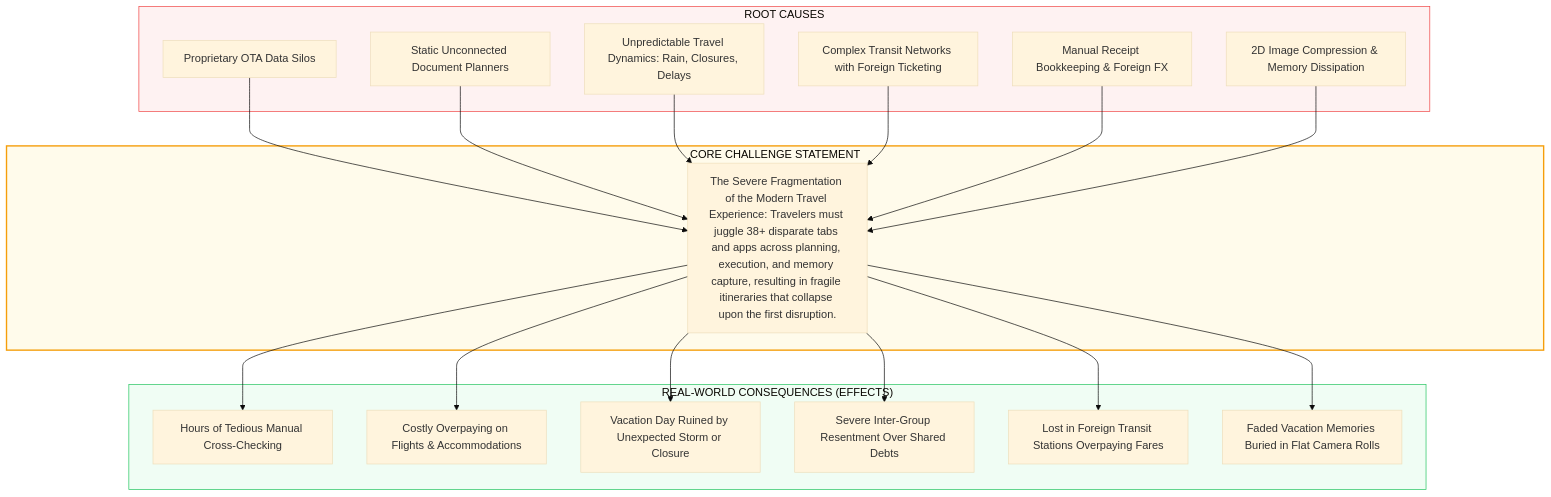
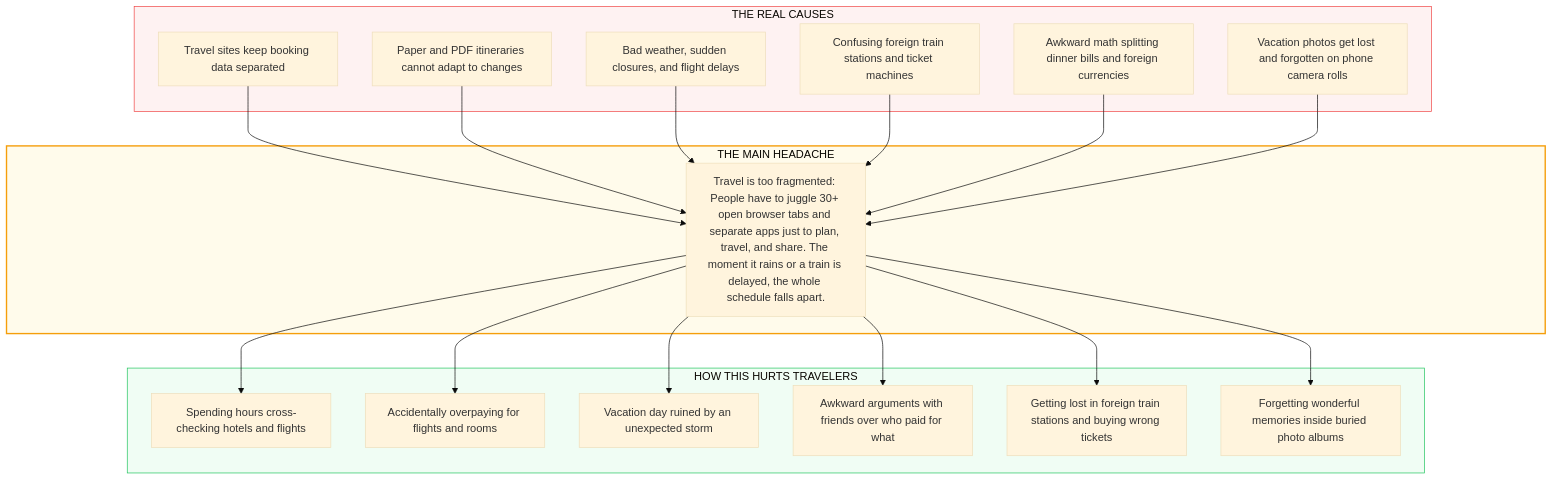
Before and after one commit to sharonxinn/Plan_Trip: the third of 15 diagrams in README.md, drawn with Mermaid (base theme). The commit also changed other lines of this file and 21 other files, not shown here.

````diff
--- a/README.md
+++ b/README.md
@@ -197,42 +202,42 @@
 ```mermaid
 graph TD
-    subgraph ROOT_CAUSES ["ROOT CAUSES"]
-        RC1[Proprietary OTA Data Silos]
-        RC2[Static Unconnected Document Planners]
-        RC3[Unpredictable Travel Dynamics: Rain, Closures, Delays]
-        RC4[Complex Transit Networks with Foreign Ticketing]
-        RC5[Manual Receipt Bookkeeping & Foreign FX]
-        RC6[2D Image Compression & Memory Dissipation]
+    subgraph ROOT_CAUSES ["THE REAL CAUSES"]
+        RC1[Travel sites keep booking data separated]
+        RC2[Paper and PDF itineraries cannot adapt to changes]
+        RC3[Bad weather, sudden closures, and flight delays]
+        RC4[Confusing foreign train stations and ticket machines]
+        RC5[Awkward math splitting dinner bills and foreign currencies]
+        RC6[Vacation photos get lost and forgotten on phone camera rolls]
     end
 
-    subgraph CORE_PROBLEM ["CORE CHALLENGE STATEMENT"]
-        CP["The Severe Fragmentation of the Modern Travel Experience: Travelers must juggle 38+ disparate tabs and apps across planning, execution, and memory capture, resulting in fragile itineraries that collapse upon the first disruption."]
+    subgraph CORE_PROBLEM ["THE MAIN HEADACHE"]
+        CP["Travel is too fragmented: People have to juggle 30+ open browser tabs and separate apps just to plan, travel, and share. The moment it rains or a train is delayed, the whole schedule falls apart."]
     end
 
-    subgraph SYMPTOMS ["REAL-WORLD CONSEQUENCES (EFFECTS)"]
-        E1[Hours of Tedious Manual Cross-Checking]
-        E2[Costly Overpaying on Flights & Accommodations]
-        E3[Vacation Day Ruined by Unexpected Storm or Closure]
-        E4[Severe Inter-Group Resentment Over Shared Debts]
-        E5[Lost in Foreign Transit Stations Overpaying Fares]
-        E6[Faded Vacation Memories Buried in Flat Camera Rolls]
+    subgraph SYMPTOMS ["HOW THIS HURTS TRAVELERS"]
+        E1[Spending hours cross-checking hotels and flights]
+        E2[Accidentally overpaying for flights and rooms]
+        E3[Vacation day ruined by an unexpected storm]
+        E4[Awkward arguments with friends over who paid for what]
+        E5[Getting lost in foreign train stations and buying wrong tickets]
+        E6[Forgetting wonderful memories inside buried photo albums]
     end
 
     RC1 --> CP
     RC2 --> CP
     RC3 --> CP
     RC4 --> CP
     RC5 --> CP
     RC6 --> CP
 
     CP --> E1
     CP --> E2
     CP --> E3
     CP --> E4
     CP --> E5
     CP --> E6
 
     style ROOT_CAUSES fill:#fef2f2,stroke:#ef4444,stroke-width:1px
     style CORE_PROBLEM fill:#fffbeb,stroke:#f59e0b,stroke-width:2px
     style SYMPTOMS fill:#f0fdf4,stroke:#22c55e,stroke-width:1px
 ```
````
